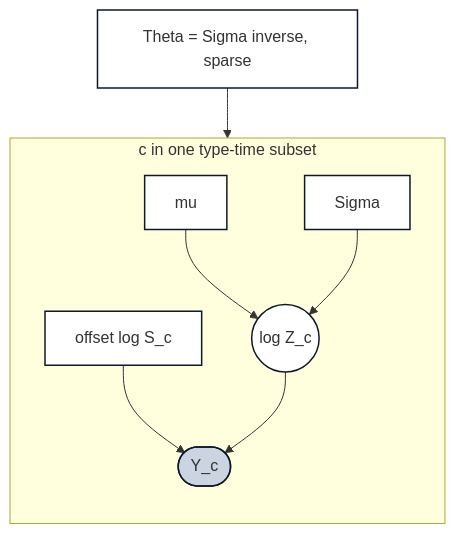
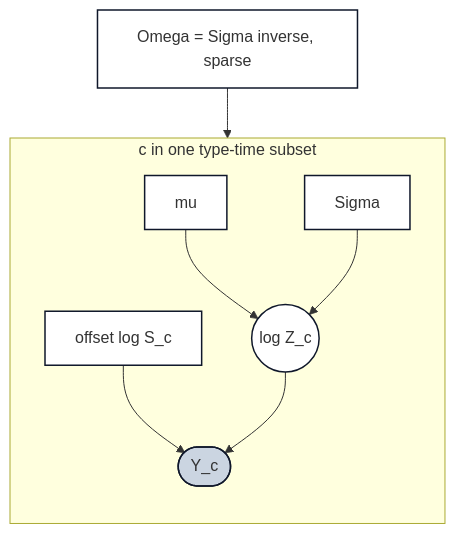
One commit to bastienchassagnol/DeCovarT_reproducibility changed the fifth of 5 diagrams in docs/02-grn-graphical-lasso.qmd. Above: the diagram before and after it, drawn with Mermaid. The commit also changed other lines of this file and 17 other files, not shown here.

Commit message:
Update bibliography and Quarto configuration: add new references relevant to graphical models and RNA-seq analysis, enhance Quarto book settings with improved navigation and pseudocode support, and clarify terminology throughout the documentation.

````diff
--- a/docs/02-grn-graphical-lasso.qmd
+++ b/docs/02-grn-graphical-lasso.qmd
@@ -378,21 +501,21 @@
 ```{mermaid}
 %%| echo: false
 %%| label: fig-pln-gen
 %%| fig-cap: "PLNnetwork: library size offsets a Poisson mean whose log-intensity is a sparse Gaussian. One such model per type and time."
 %%{init: {"theme": "sandstone", "flowchart": {"curve": "basis"}}}%%
 flowchart TB
   subgraph plateC["c in one type-time subset"]
     direction TB
     S["offset log S_c"] --> Y(["Y_c"])
     Z(("log Z_c")) --> Y
     mu["mu"] --> Z
     Sig["Sigma"] --> Z
   end
-  Th["Theta = Sigma inverse, sparse"] --> Sig
+  Th["Omega = Sigma inverse, sparse"] --> Sig
   classDef param fill:#ffffff,stroke:#0f172a,stroke-width:1.5px
   classDef latent fill:#ffffff,stroke:#0f172a,stroke-width:1.5px
   classDef obs fill:#cbd5e1,stroke:#0f172a,stroke-width:1.5px
   class mu,Sig,Th,S param
   class Z latent
   class Y obs
 ```
````
